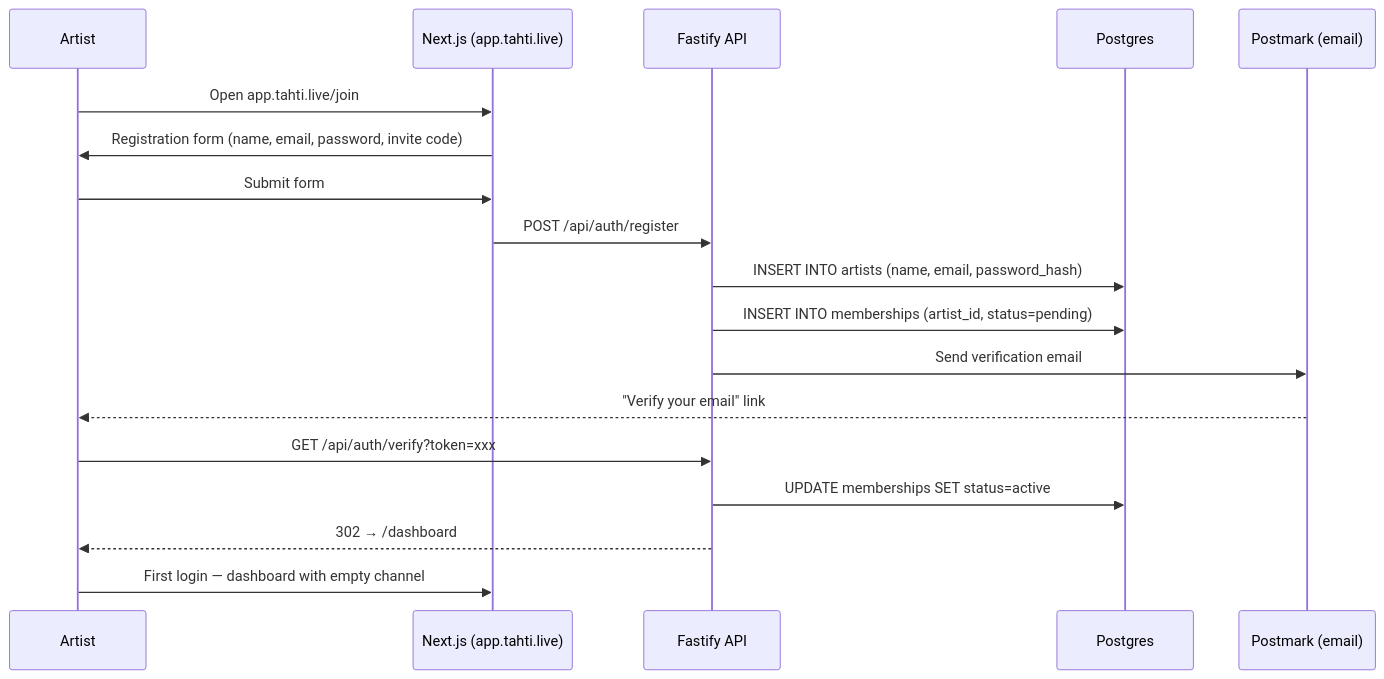
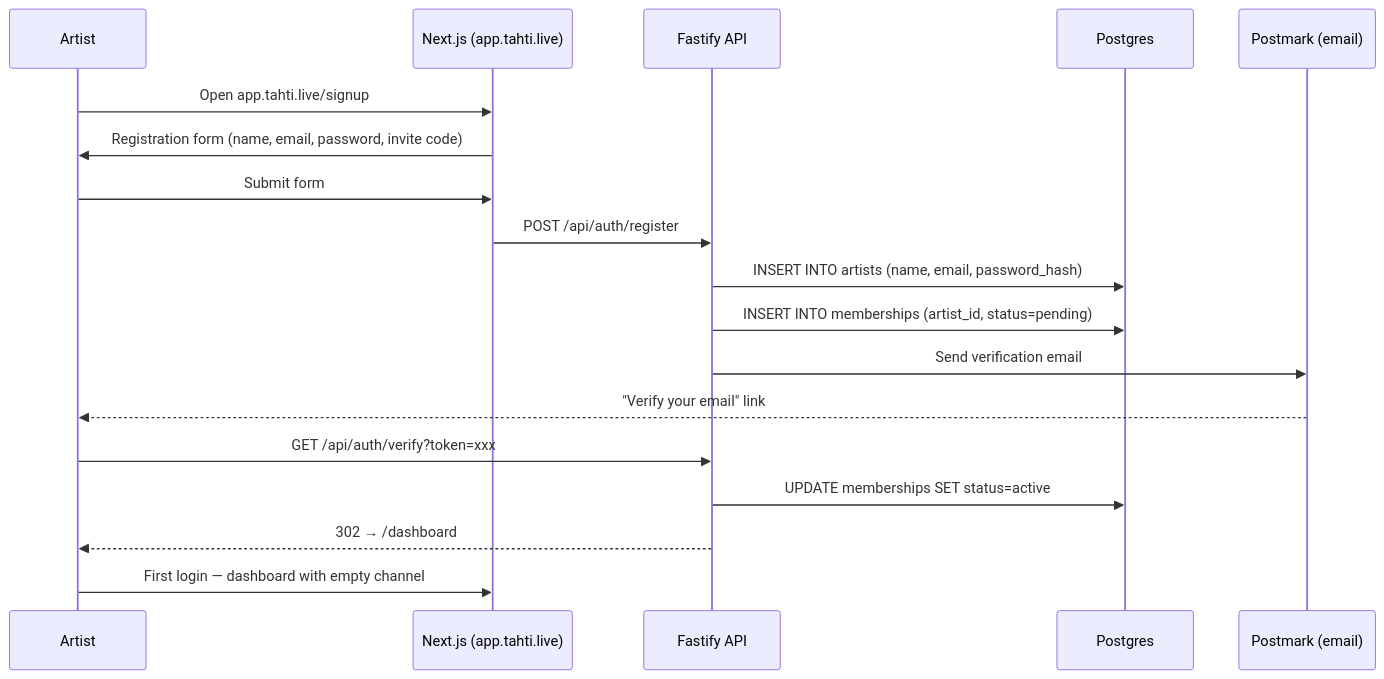
Before and after one commit to janiluuk/tahti-org: the second of 6 diagrams in docs/technical/phase-4.md, drawn with Mermaid. The commit also changed 24 other files, not shown here.

First line of the commit message:
chore(web): signup routing docs, beta apply form, and API URL helper

````diff
--- a/docs/technical/phase-4.md
+++ b/docs/technical/phase-4.md
@@ -90,21 +90,21 @@
 ```mermaid
 sequenceDiagram
     participant A as Artist
     participant Web as Next.js (app.tahti.live)
     participant API as Fastify API
     participant PG as Postgres
     participant MH as Postmark (email)
 
-    A->>Web: Open app.tahti.live/join
+    A->>Web: Open app.tahti.live/signup
     Web->>A: Registration form (name, email, password, invite code)
     A->>Web: Submit form
     Web->>API: POST /api/auth/register
     API->>PG: INSERT INTO artists (name, email, password_hash)
     API->>PG: INSERT INTO memberships (artist_id, status=pending)
     API->>MH: Send verification email
     MH-->>A: "Verify your email" link
     A->>API: GET /api/auth/verify?token=xxx
     API->>PG: UPDATE memberships SET status=active
     API-->>A: 302 → /dashboard
     A->>Web: First login — dashboard with empty channel
 ```
````
